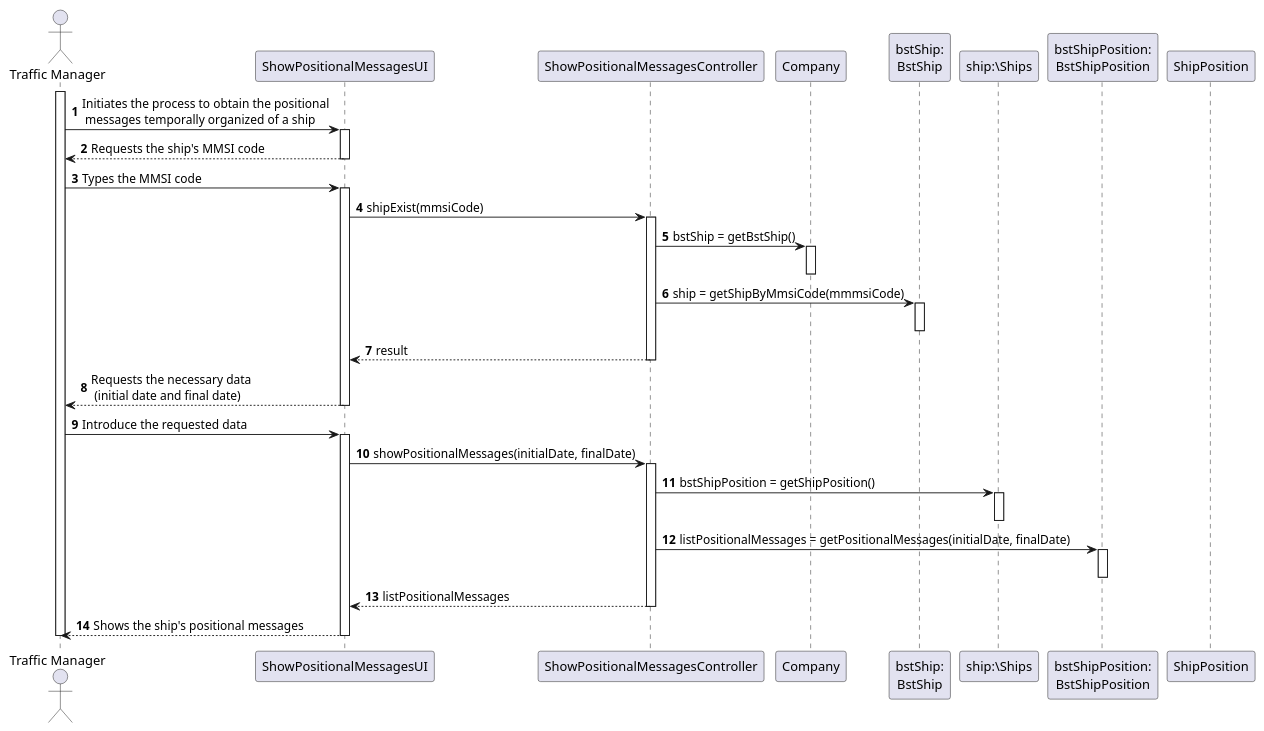
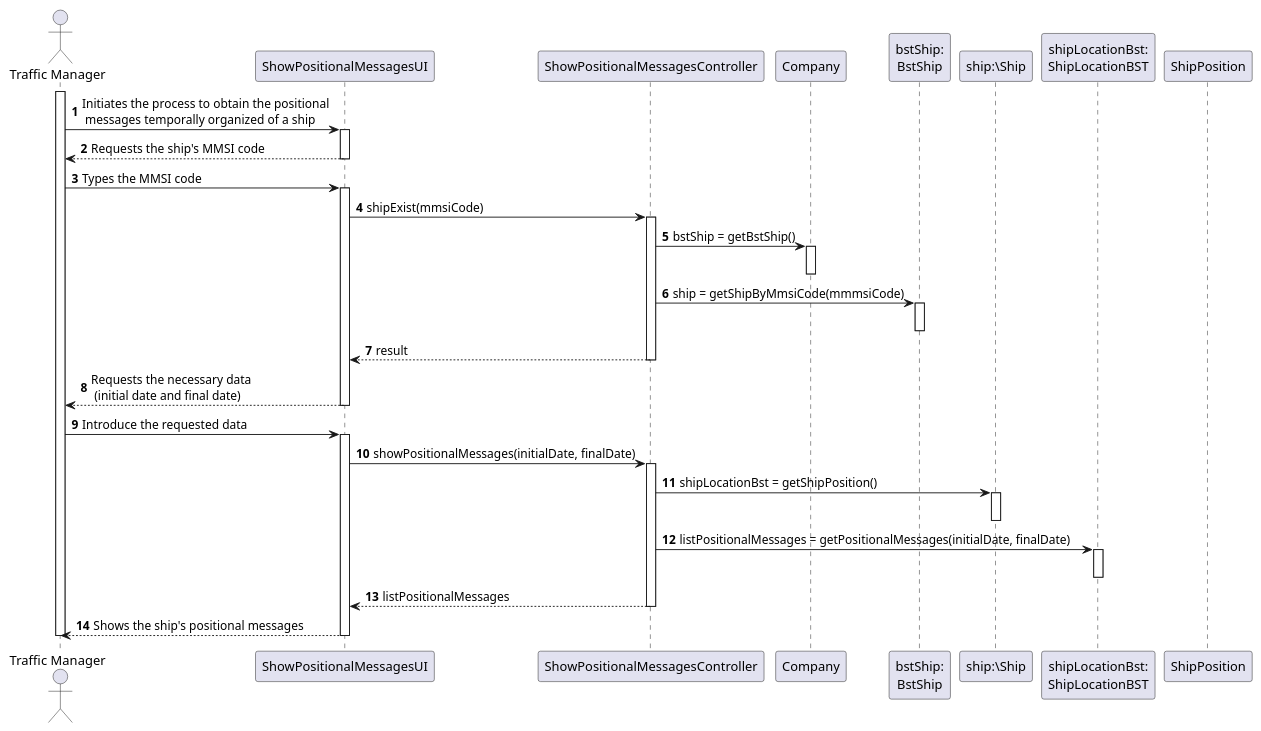
One commit to 0franciscor/lapr3-2021-g042 changed the diagram in docs/US103/US103_SD.puml. Above: the diagram before and after it, drawn with PlantUML. The commit also changed 7 other files, not shown here.

```diff
--- a/docs/US103/US103_SD.puml
+++ b/docs/US103/US103_SD.puml
@@ -1,54 +1,54 @@
 @startuml
 'https://plantuml.com/sequence-diagram
 
 autonumber
 actor "Traffic Manager" as TM
 
 participant "ShowPositionalMessagesUI" as UI
 participant "ShowPositionalMessagesController" as CTRL
 participant "Company" as COMP
 participant "bstShip:\nBstShip" as BstShip
-participant "ship:\Ships" as S
-participant "bstShipPosition:\nBstShipPosition" as BstPosition
+participant "ship:\Ship" as S
+participant "shipLocationBst:\nShipLocationBST" as ShipLocationBST
 participant "ShipPosition" as SP
 
 
 activate TM
 TM -> UI : Initiates the process to obtain the positional\n messages temporally organized of a ship
 activate UI
 UI --> TM : Requests the ship's MMSI code
 deactivate UI
 TM -> UI : Types the MMSI code
 activate UI
 UI-> CTRL: shipExist(mmsiCode)
 activate CTRL
 CTRL -> COMP : bstShip = getBstShip()
 activate COMP
 deactivate COMP
 CTRL -> BstShip : ship = getShipByMmsiCode(mmmsiCode)
 activate BstShip
 deactivate BstShip
 CTRL --> UI : result
 deactivate CTRL
 UI --> TM : Requests the necessary data \n (initial date and final date)
 deactivate UI
 TM -> UI : Introduce the requested data
 activate UI
 UI -> CTRL: showPositionalMessages(initialDate, finalDate)
 activate CTRL
-CTRL -> S : bstShipPosition = getShipPosition()
+CTRL -> S : shipLocationBst = getShipPosition()
 activate S
 deactivate S
-CTRL -> BstPosition : listPositionalMessages = getPositionalMessages(initialDate, finalDate)
-activate BstPosition
-deactivate BstPosition
+CTRL -> ShipLocationBST : listPositionalMessages = getPositionalMessages(initialDate, finalDate)
+activate ShipLocationBST
+deactivate ShipLocationBST
 CTRL --> UI: listPositionalMessages
 deactivate CTRL
 UI --> TM : Shows the ship's positional messages
 deactivate UI
 
 deactivate TM
 
 
 
 @enduml
```
